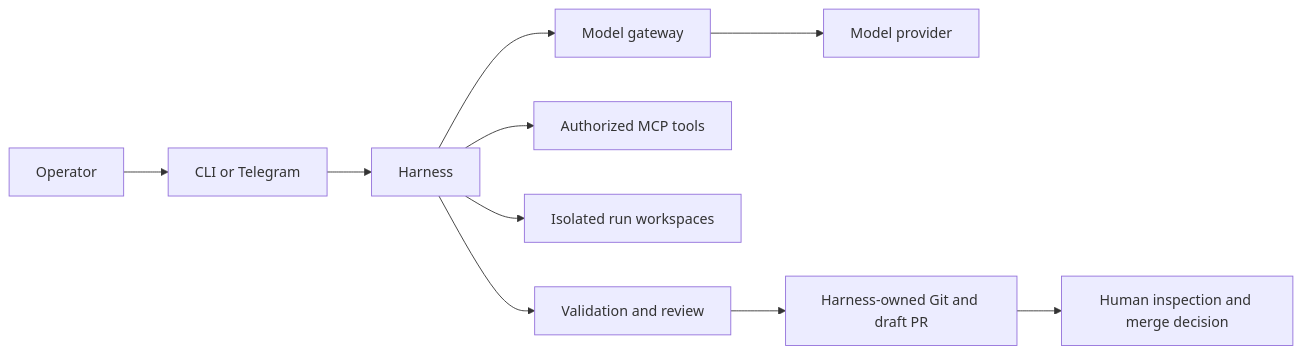
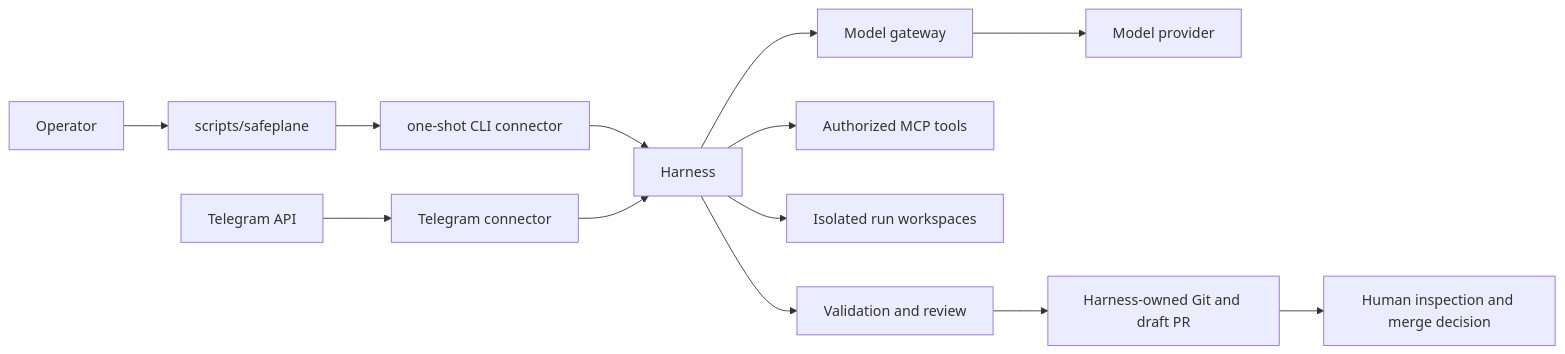
One commit to stefanrossmeier/safeplane changed the diagram in README.md. Above: the diagram before and after it, drawn with Mermaid. The commit also changed other lines of this file and 83 other files, not shown here.

Commit message:
Make cli connector explicit

````diff
--- a/README.md
+++ b/README.md
@@ -24,12 +25,15 @@
 ```mermaid
 flowchart LR
-    O[Operator] --> C[CLI or Telegram]
+    O[Operator] --> L[scripts/safeplane]
+    L --> C[one-shot CLI connector]
+    TA[Telegram API] --> TG[Telegram connector]
     C --> H[Harness]
+    TG --> H
     H --> M[Model gateway]
     M --> P[Model provider]
-    H --> T[Authorized MCP tools]
+    H --> MCP[Authorized MCP tools]
     H --> W[Isolated run workspaces]
     H --> V[Validation and review]
     V --> G[Harness-owned Git and draft PR]
     G --> U[Human inspection and merge decision]
 ```
````
